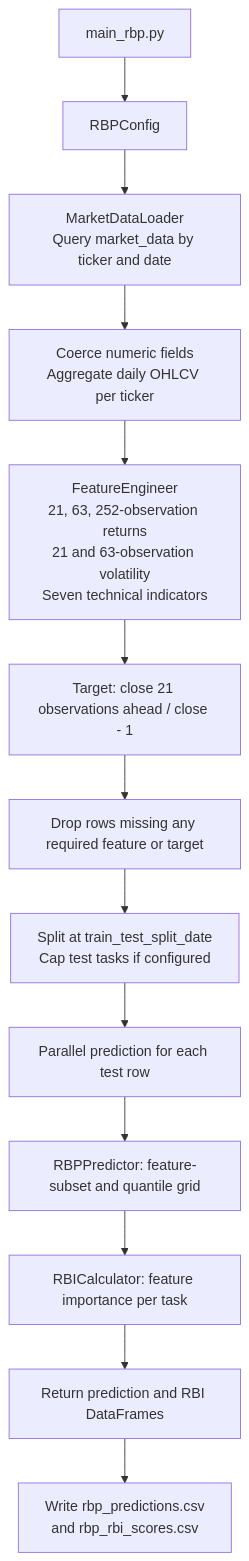
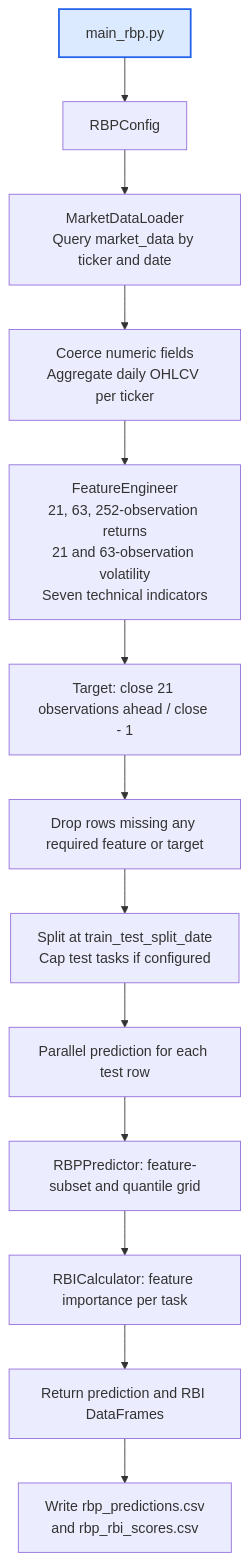
One commit to MUNQuantSociety/MQSMaster changed the first of 3 diagrams in RBP/README.md. Above: the diagram before and after it, drawn with Mermaid. The commit also changed other lines of this file and 12 other files, not shown here.

Commit message:
docs: make workflow diagrams top-down hierarchies

````diff
--- a/RBP/README.md
+++ b/RBP/README.md
@@ -39,15 +39,16 @@
 ```mermaid
 flowchart TD
     CLI["main_rbp.py"] --> CFG["RBPConfig"]
     CFG --> LOAD["MarketDataLoader<br/>Query market_data by ticker and date"]
     LOAD --> DAILY["Coerce numeric fields<br/>Aggregate daily OHLCV per ticker"]
     DAILY --> FEATURES["FeatureEngineer<br/>21, 63, 252-observation returns<br/>21 and 63-observation volatility<br/>Seven technical indicators"]
     FEATURES --> TARGET["Target: close 21 observations ahead / close - 1"]
     TARGET --> CLEAN["Drop rows missing any required feature or target"]
     CLEAN --> SPLIT["Split at train_test_split_date<br/>Cap test tasks if configured"]
     SPLIT --> WORK["Parallel prediction for each test row"]
     WORK --> PRED["RBPPredictor: feature-subset and quantile grid"]
     PRED --> RBI["RBICalculator: feature importance per task"]
     RBI --> OUT["Return prediction and RBI DataFrames"]
     OUT --> CSV["Write rbp_predictions.csv<br/>and rbp_rbi_scores.csv"]
+    style CLI fill:#dbeafe,stroke:#2563eb,stroke-width:2px
 ```
````
